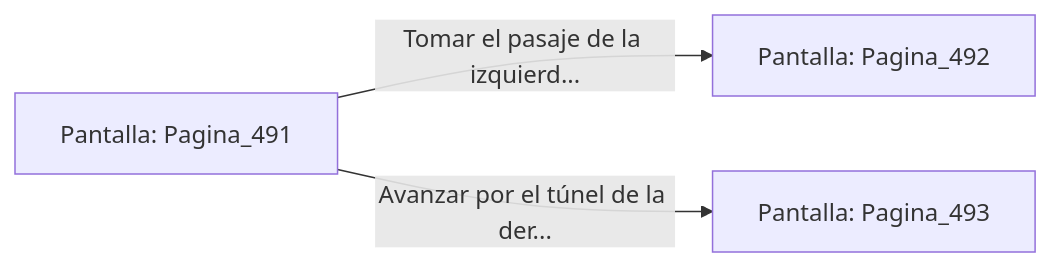
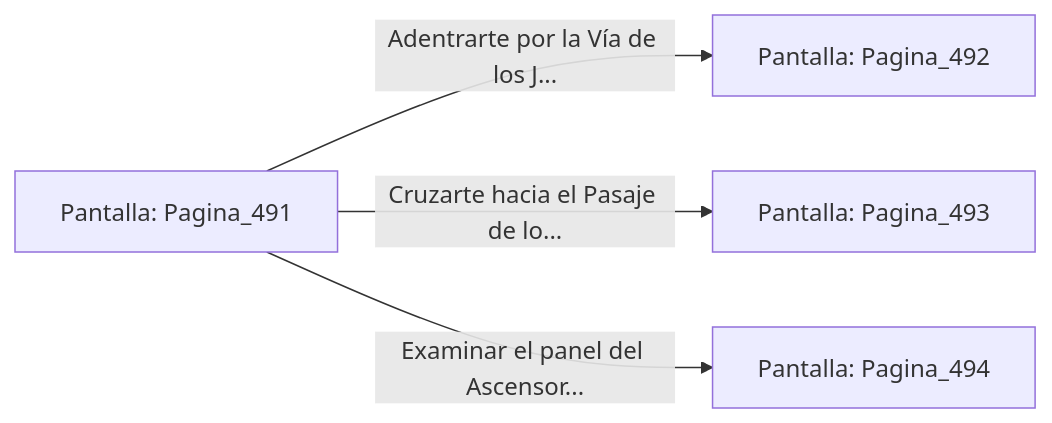
The diagram in sample/eligejuego-vault/Pantalla_Pagina_491.md (metsuke/mpl), drawn with Mermaid before and after one commit. The commit also changed other lines of this file and 635 other files, not shown here.

First line of the commit message:
fix: añadir Pagina_1 como pantalla inicial en capitulo_01.mpl

````diff
--- a/sample/eligejuego-vault/Pantalla_Pagina_491.md
+++ b/sample/eligejuego-vault/Pantalla_Pagina_491.md
@@ -20,6 +27,7 @@
 ```mermaid
 graph LR
     P_Pagina_491["Pantalla: Pagina_491"]
-    P_Pagina_491 -->|"Tomar el pasaje de la izquierd..."| P_Pagina_492["Pantalla: Pagina_492"]
-    P_Pagina_491 -->|"Avanzar por el túnel de la der..."| P_Pagina_493["Pantalla: Pagina_493"]
+    P_Pagina_491 -->|"Adentrarte por la Vía de los J..."| P_Pagina_492["Pantalla: Pagina_492"]
+    P_Pagina_491 -->|"Cruzarte hacia el Pasaje de lo..."| P_Pagina_493["Pantalla: Pagina_493"]
+    P_Pagina_491 -->|"Examinar el panel del Ascensor..."| P_Pagina_494["Pantalla: Pagina_494"]
 ```
````
